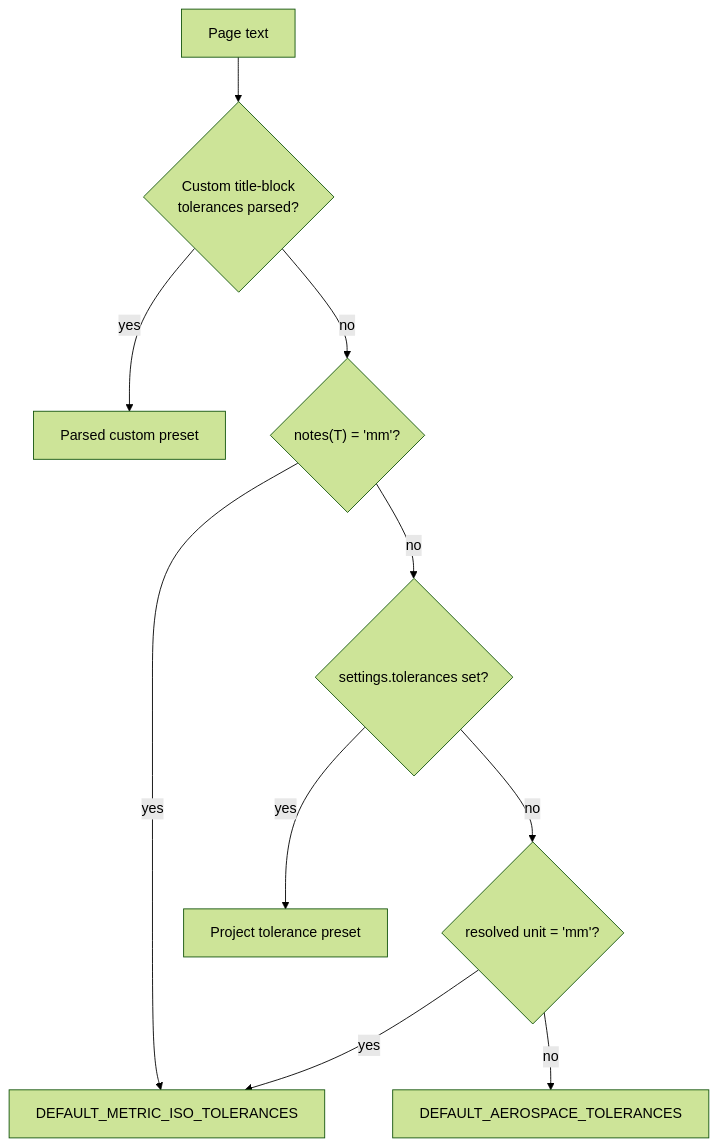
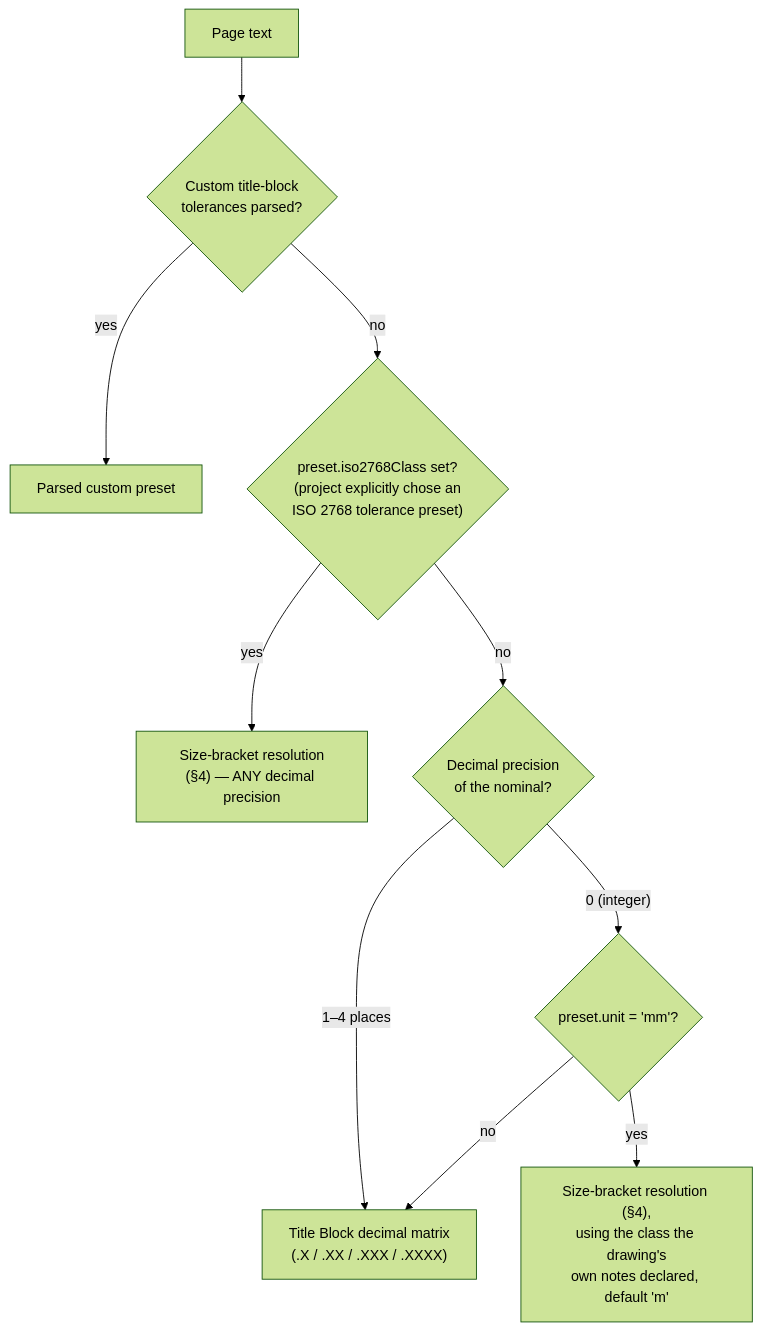
One commit to LoonistApp/Loonist changed the diagram in Algorithms/14_Drawing_Unit_Detection_And_ISO_2768.md. Above: the diagram before and after it, drawn with Mermaid (forest theme). The commit also changed other lines of this file and 7 other files, not shown here.

````diff
--- a/Algorithms/14_Drawing_Unit_Detection_And_ISO_2768.md
+++ b/Algorithms/14_Drawing_Unit_Detection_And_ISO_2768.md
@@ -34,12 +34,12 @@
 ```mermaid
 flowchart TD
     T["Page text"] --> C{"Custom title-block\ntolerances parsed?"}
     C -- yes --> PC["Parsed custom preset"]
-    C -- no --> M{"notes(T) = 'mm'?"}
-    M -- yes --> ISO["DEFAULT_METRIC_ISO_TOLERANCES"]
-    M -- no --> S{"settings.tolerances set?"}
-    S -- yes --> ST["Project tolerance preset"]
-    S -- no --> D{"resolved unit = 'mm'?"}
-    D -- yes --> ISO
-    D -- no --> ASME["DEFAULT_AEROSPACE_TOLERANCES"]
+    C -- no --> E{"preset.iso2768Class set?\n(project explicitly chose an\nISO 2768 tolerance preset)"}
+    E -- yes --> Bracket["Size-bracket resolution\n(§4) — ANY decimal precision"]
+    E -- no --> Prec{"Decimal precision\nof the nominal?"}
+    Prec -- "1–4 places" --> Dec["Title Block decimal matrix\n(.X / .XX / .XXX / .XXXX)"]
+    Prec -- "0 (integer)" --> U{"preset.unit = 'mm'?"}
+    U -- yes --> Bracket2["Size-bracket resolution (§4),\nusing the class the drawing's\nown notes declared, default 'm'"]
+    U -- no --> Dec
 ```
````
